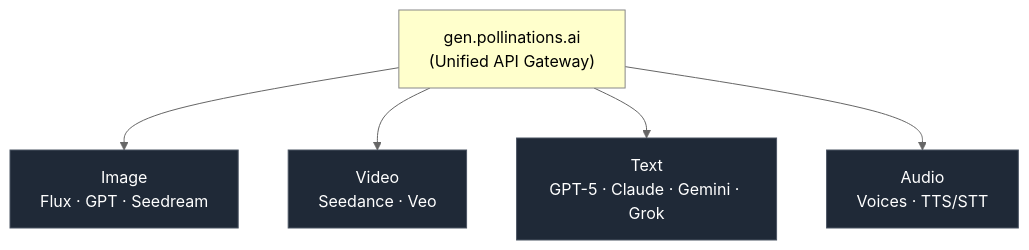
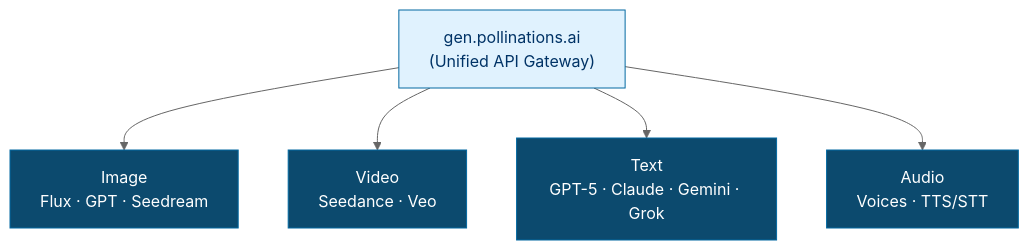
Before and after one commit to pollinations/pollinations: the diagram in .github/profile/README.md, drawn with Mermaid (neutral theme).

Commit message:
changed color theme to use blue

````diff
--- a/.github/profile/README.md
+++ b/.github/profile/README.md
@@ -77,15 +77,15 @@
 ```mermaid
 flowchart TB
     A["gen.pollinations.ai<br/>(Unified API Gateway)"]
 
-    A --> I["Image<br/>Flux · GPT · Seedream"]
-    A --> V["Video<br/>Seedance · Veo"]
-    A --> T["Text<br/>GPT-5 · Claude · Gemini · Grok"]
-    A --> AU["Audio<br/>Voices · TTS/STT"]
+      A --> I["Image<br/>Flux · GPT · Seedream"]
+      A --> V["Video<br/>Seedance · Veo"]
+      A --> T["Text<br/>GPT-5 · Claude · Gemini · Grok"]
+      A --> AU["Audio<br/>Voices · TTS/STT"]
 
-    style A fill:#ffc,stroke:#888,color:#000
-    style I fill:#1f2937,stroke:#4b5563,color:#fff
-    style V fill:#1f2937,stroke:#4b5563,color:#fff
-    style T fill:#1f2937,stroke:#4b5563,color:#fff
-    style AU fill:#1f2937,stroke:#4b5563,color:#fff
+      style A fill:#e0f2fe,stroke:#0369a1,color:#003366
+      style I fill:#0c4a6e,stroke:#0369a1,color:#fff
+      style V fill:#0c4a6e,stroke:#0369a1,color:#fff
+      style T fill:#0c4a6e,stroke:#0369a1,color:#fff
+      style AU fill:#0c4a6e,stroke:#0369a1,color:#fff
 ```
````
